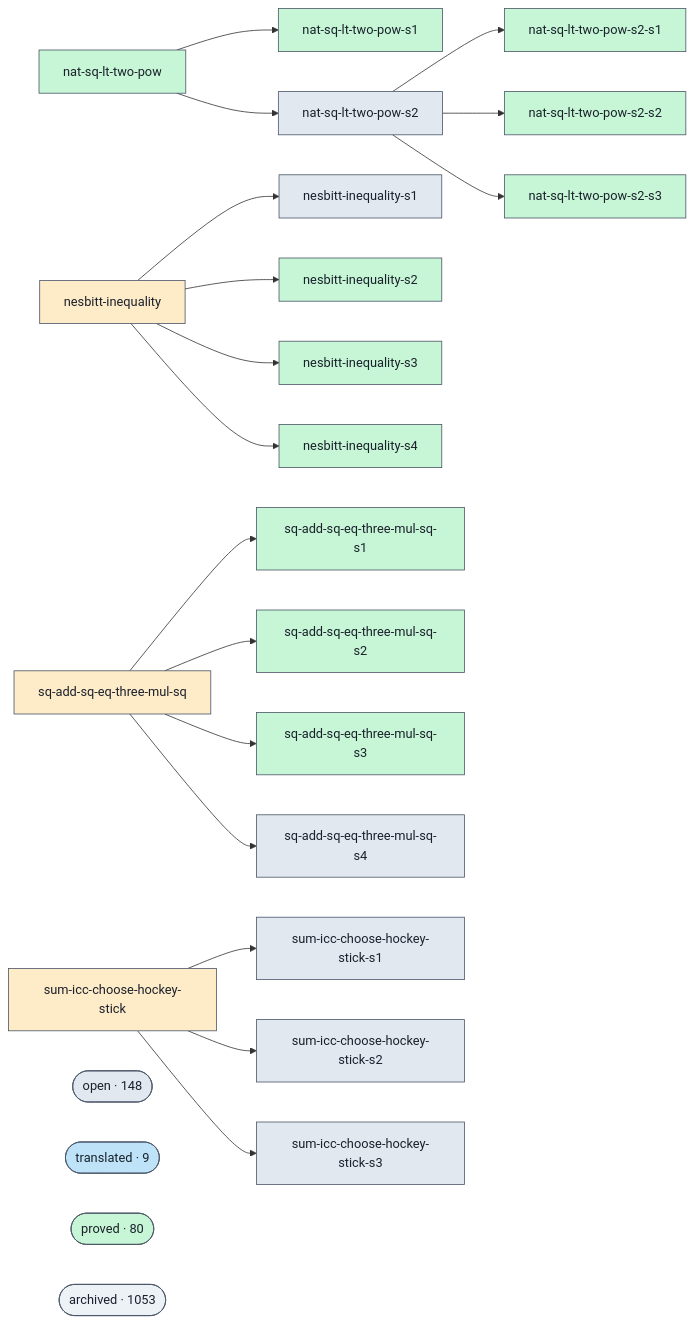
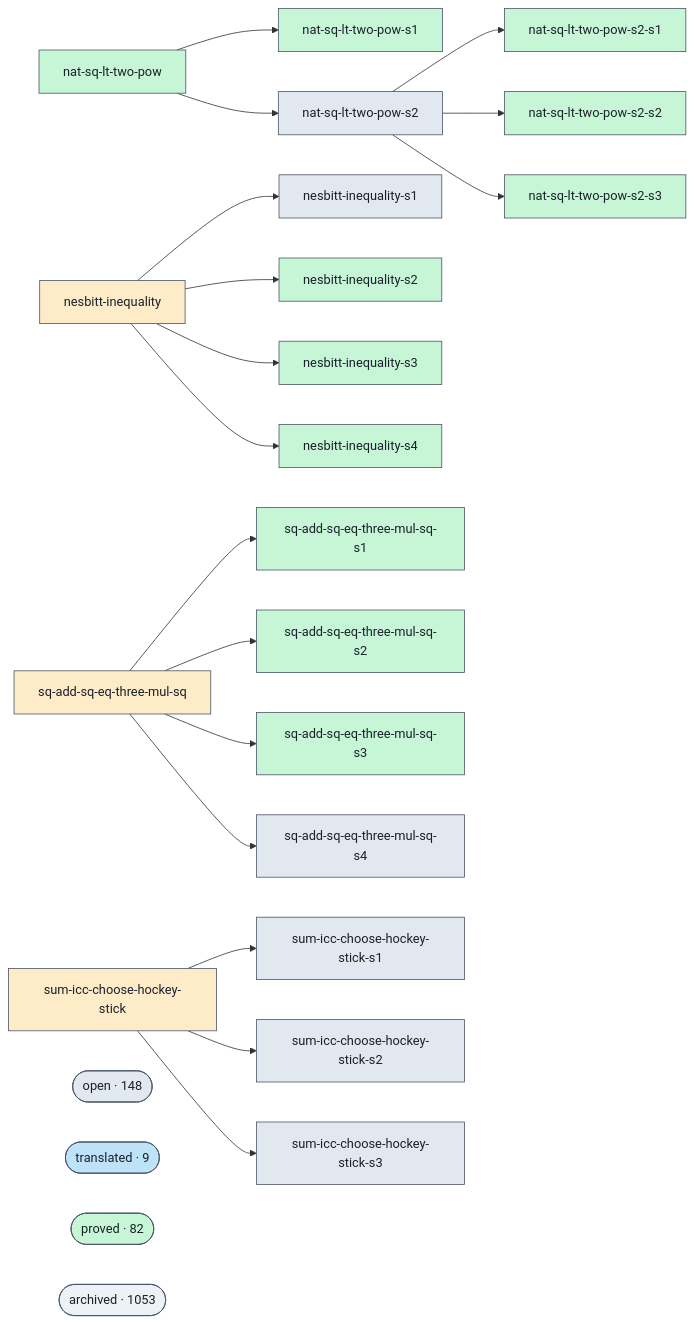
One commit to Rauxon/unsorry changed the diagram in docs/proofs-contributors-visualisation.md. Above: the diagram before and after it, drawn with Mermaid. The commit also changed other lines of this file and 2 other files, not shown here.

```diff
--- a/docs/proofs-contributors-visualisation.md
+++ b/docs/proofs-contributors-visualisation.md
@@ -102,7 +102,7 @@
   class cluster_open open;
   cluster_translated(["translated · 9"])
   class cluster_translated translated;
-  cluster_proved(["proved · 80"])
+  cluster_proved(["proved · 82"])
   class cluster_proved proved;
   cluster_archived(["archived · 1053"])
   class cluster_archived unknown;
```
